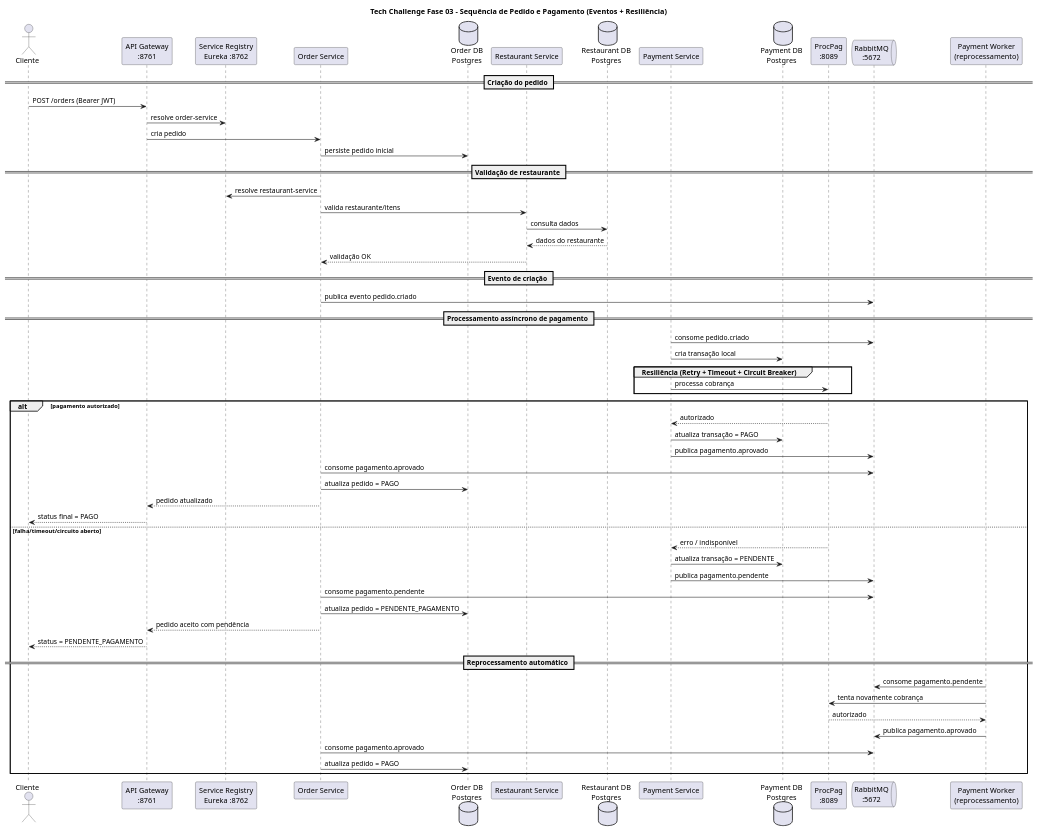
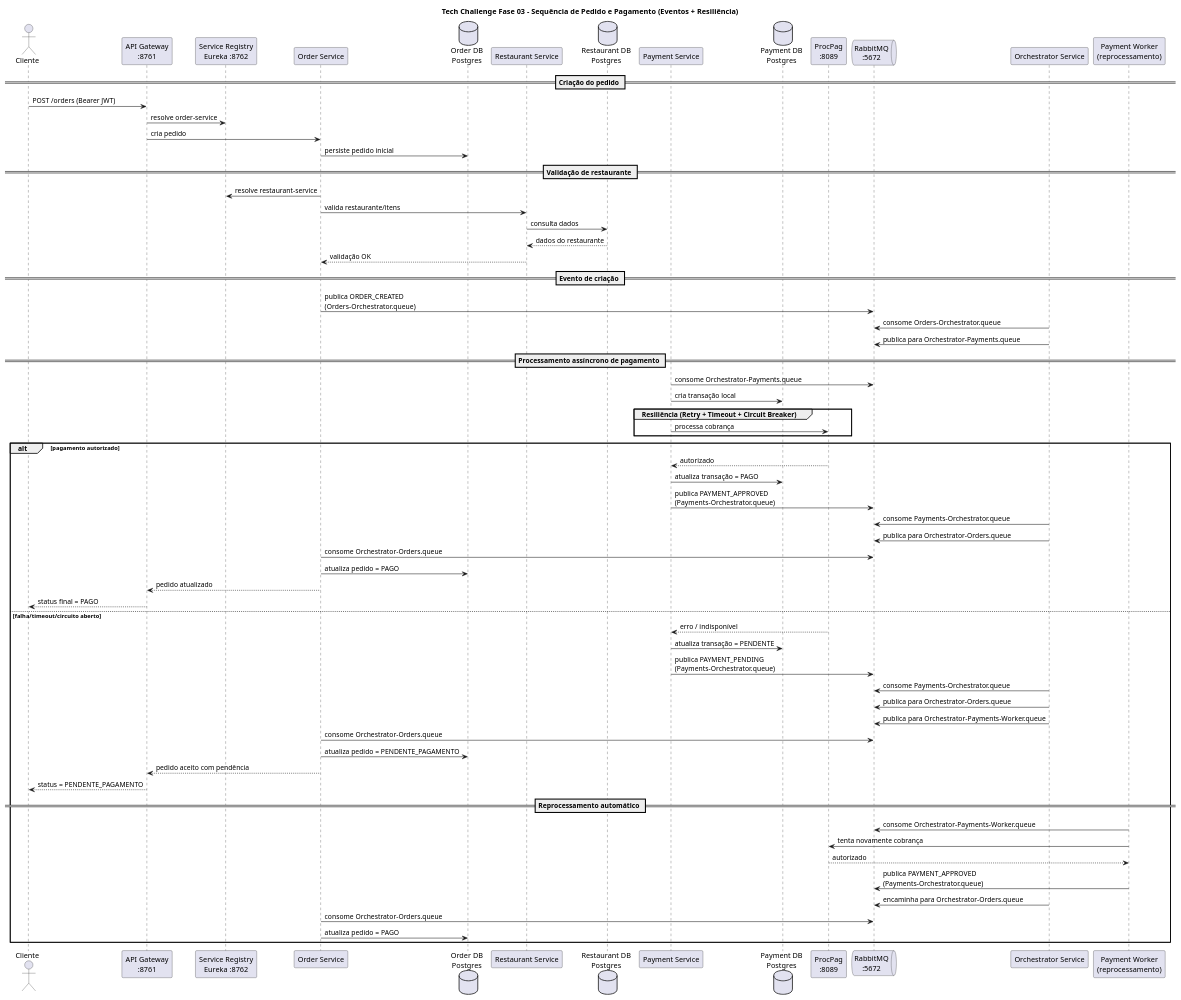
The diagram in docs/diagrams/arquitetura-sequencia-pedido-pagamento.puml (eps364/tech-challenge-fase-03), drawn with PlantUML before and after one commit. The commit also changed 7 other files, not shown here.

Commit message:
docs(architecture): update async payment flow docs diagrams and API collection

```diff
--- a/docs/diagrams/arquitetura-sequencia-pedido-pagamento.puml
+++ b/docs/diagrams/arquitetura-sequencia-pedido-pagamento.puml
@@ -1,67 +1,76 @@
 @startuml
 title Tech Challenge Fase 03 - Sequência de Pedido e Pagamento (Eventos + Resiliência)
 
 actor Cliente
 participant "API Gateway\n:8761" as APIGW
 participant "Service Registry\nEureka :8762" as EUREKA
 participant "Order Service" as ORDER
 database "Order DB\nPostgres" as ORDERDB
 participant "Restaurant Service" as REST
 database "Restaurant DB\nPostgres" as RESTDB
 participant "Payment Service" as PAY
 database "Payment DB\nPostgres" as PAYDB
 participant "ProcPag\n:8089" as PROCPAG
 queue "RabbitMQ\n:5672" as BROKER
+participant "Orchestrator Service" as ORQ
 participant "Payment Worker\n(reprocessamento)" as WORKER
 
 == Criação do pedido ==
 Cliente -> APIGW: POST /orders (Bearer JWT)
 APIGW -> EUREKA: resolve order-service
 APIGW -> ORDER: cria pedido
 ORDER -> ORDERDB: persiste pedido inicial
 
 == Validação de restaurante ==
 ORDER -> EUREKA: resolve restaurant-service
 ORDER -> REST: valida restaurante/itens
 REST -> RESTDB: consulta dados
 RESTDB --> REST: dados do restaurante
 REST --> ORDER: validação OK
 
 == Evento de criação ==
-ORDER -> BROKER: publica evento pedido.criado
+ORDER -> BROKER: publica ORDER_CREATED\n(Orders-Orchestrator.queue)
+ORQ -> BROKER: consome Orders-Orchestrator.queue
+ORQ -> BROKER: publica para Orchestrator-Payments.queue
 
 == Processamento assíncrono de pagamento ==
-PAY -> BROKER: consome pedido.criado
+PAY -> BROKER: consome Orchestrator-Payments.queue
 PAY -> PAYDB: cria transação local
 
 group Resiliência (Retry + Timeout + Circuit Breaker)
 PAY -> PROCPAG: processa cobrança
 end
 
 alt pagamento autorizado
 	PROCPAG --> PAY: autorizado
 	PAY -> PAYDB: atualiza transação = PAGO
-	PAY -> BROKER: publica pagamento.aprovado
-	ORDER -> BROKER: consome pagamento.aprovado
+	PAY -> BROKER: publica PAYMENT_APPROVED\n(Payments-Orchestrator.queue)
+	ORQ -> BROKER: consome Payments-Orchestrator.queue
+	ORQ -> BROKER: publica para Orchestrator-Orders.queue
+	ORDER -> BROKER: consome Orchestrator-Orders.queue
 	ORDER -> ORDERDB: atualiza pedido = PAGO
 	ORDER --> APIGW: pedido atualizado
 	APIGW --> Cliente: status final = PAGO
 else falha/timeout/circuito aberto
 	PROCPAG --> PAY: erro / indisponível
 	PAY -> PAYDB: atualiza transação = PENDENTE
-	PAY -> BROKER: publica pagamento.pendente
-	ORDER -> BROKER: consome pagamento.pendente
+	PAY -> BROKER: publica PAYMENT_PENDING\n(Payments-Orchestrator.queue)
+	ORQ -> BROKER: consome Payments-Orchestrator.queue
+	ORQ -> BROKER: publica para Orchestrator-Orders.queue
+	ORQ -> BROKER: publica para Orchestrator-Payments-Worker.queue
+	ORDER -> BROKER: consome Orchestrator-Orders.queue
 	ORDER -> ORDERDB: atualiza pedido = PENDENTE_PAGAMENTO
 	ORDER --> APIGW: pedido aceito com pendência
 	APIGW --> Cliente: status = PENDENTE_PAGAMENTO
 
 	== Reprocessamento automático ==
-	WORKER -> BROKER: consome pagamento.pendente
+	WORKER -> BROKER: consome Orchestrator-Payments-Worker.queue
 	WORKER -> PROCPAG: tenta novamente cobrança
 	PROCPAG --> WORKER: autorizado
-	WORKER -> BROKER: publica pagamento.aprovado
-	ORDER -> BROKER: consome pagamento.aprovado
+	WORKER -> BROKER: publica PAYMENT_APPROVED\n(Payments-Orchestrator.queue)
+	ORQ -> BROKER: encaminha para Orchestrator-Orders.queue
+	ORDER -> BROKER: consome Orchestrator-Orders.queue
 	ORDER -> ORDERDB: atualiza pedido = PAGO
 end
 
 @enduml
```
